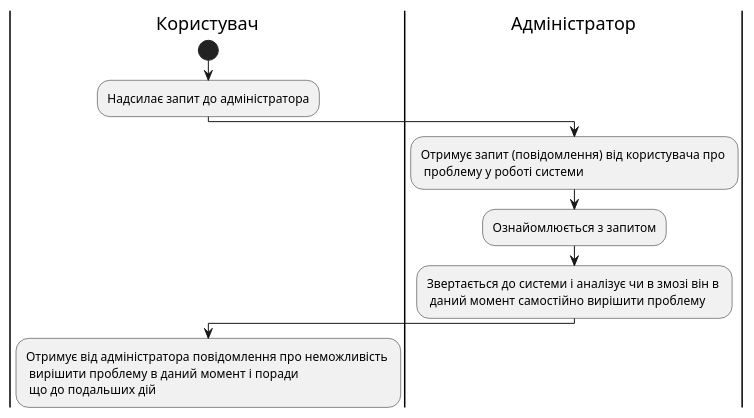
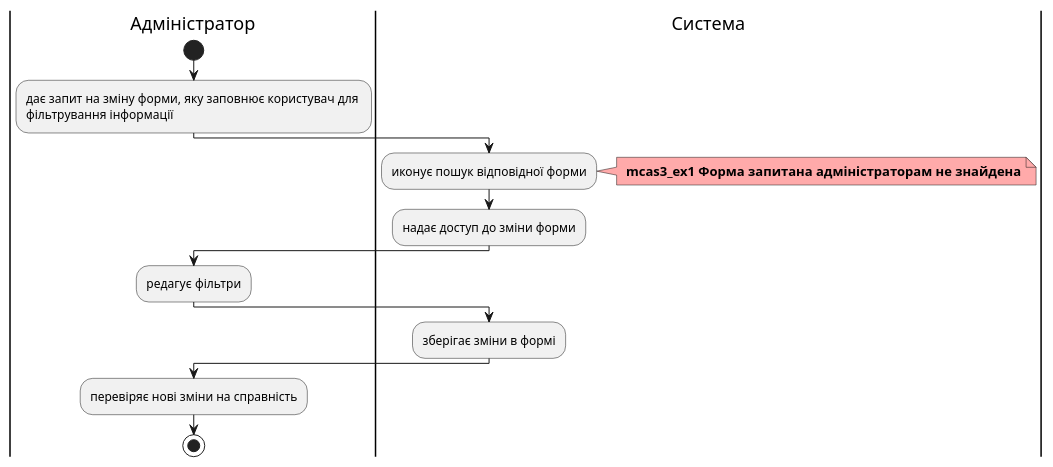
Before and after one commit to ukioxz/media-content-analyzing-system: the ninth of 9 diagrams in docs/use cases/README.md, drawn with PlantUML. The commit also changed other lines of this file and 2 other files, not shown here.

```diff
--- a/docs/use cases/README.md
+++ b/docs/use cases/README.md
@@ -432,21 +242,20 @@
 @startuml
 
-|Користувач|
-
+|Адміністратор|
 start
-
-:Надсилає запит до адміністратора;
-
-|#AntiqueWhite|Адміністратор
-
-:Отримує запит (повідомлення) від користувача про \n проблему у роботі системи;
-
-:Ознайомлюється з запитом;
-
-:Звертається до системи і аналізує чи в змозі він в \n даний момент самостійно вирішити проблему;
-
-|Користувач|
-
-:Отримує від адміністратора повідомлення про неможливість \n вирішити проблему в даний момент і поради \n що до подальших дій;
+:дає запит на зміну форми, яку заповнює користувач для \nфільтрування інформації;
+|Система|   
+:иконує пошук відповідної форми;
+note right #ffaaaa
+<b> mcas3_ex1 Форма запитана адміністраторам не знайдена
+end note
+:надає доступ до зміни форми;
+|Адміністратор| 
+:редагує фільтри;
+|Система|   
+:зберігає зміни в формі;
+|Адміністратор| 
+:перевіряє нові зміни на справність;
+stop
 
 @enduml
```
